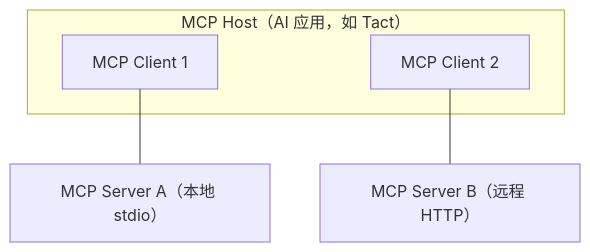
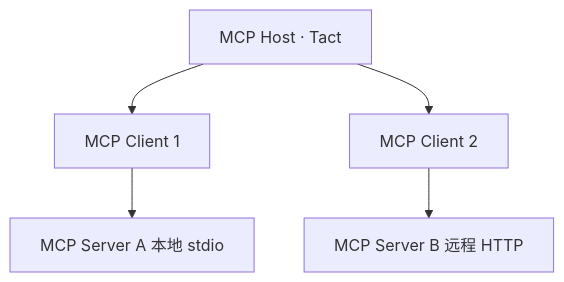
One commit to rust-infra/tact changed the first of 2 diagrams in book/08_chapter_mcp_zh.md. Above: the diagram before and after it, drawn with Mermaid. The commit also changed other lines of this file and 303 other files, not shown here.

````diff
--- a/book/08_chapter_mcp_zh.md
+++ b/book/08_chapter_mcp_zh.md
@@ -27,12 +25,7 @@
 ```mermaid
-graph TB
-    subgraph Host["MCP Host（AI 应用，如 Tact）"]
-        C1["MCP Client 1"]
-        C2["MCP Client 2"]
-    end
-    S1["MCP Server A（本地 stdio）"]
-    S2["MCP Server B（远程 HTTP）"]
-
-    C1 --- S1
-    C2 --- S2
+graph TD
+    a_host[MCP Host · Tact] --> b_c1[MCP Client 1]
+    a_host --> c_c2[MCP Client 2]
+    b_c1 --> d_s1[MCP Server A 本地 stdio]
+    c_c2 --> e_s2[MCP Server B 远程 HTTP]
 ```
````
